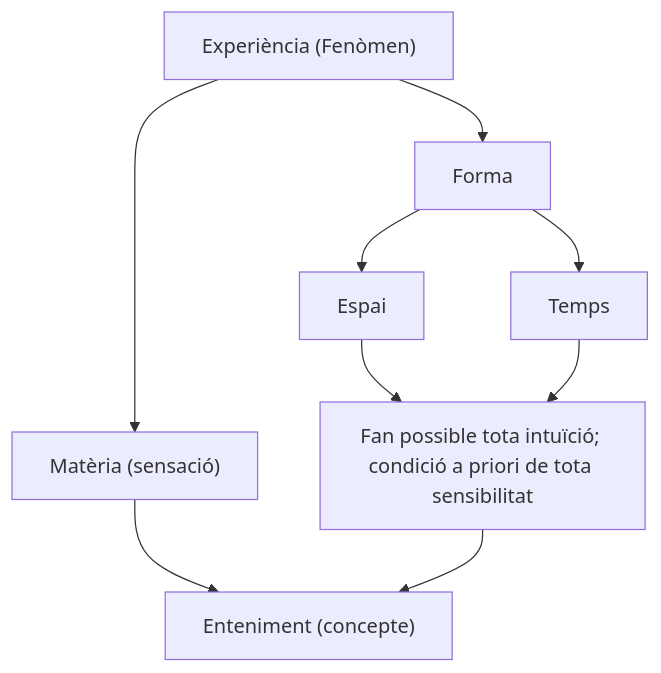
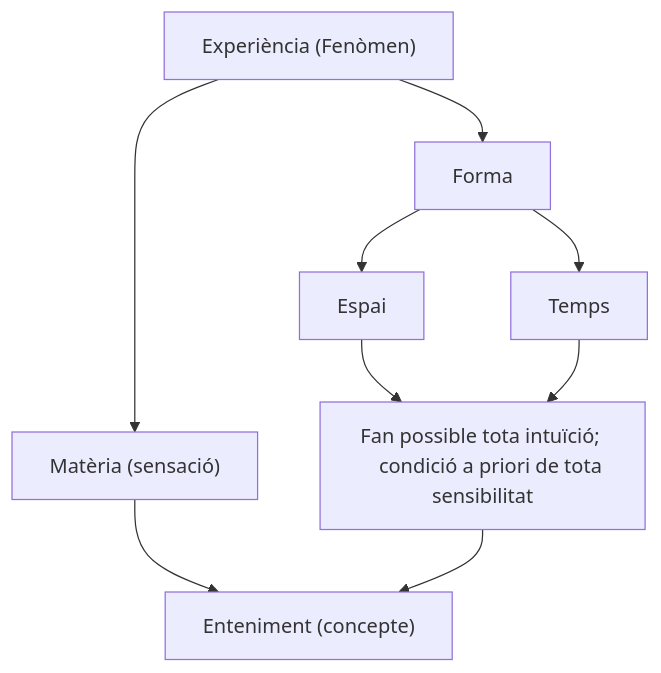
One commit to Peleton-011/Apounts-heigol changed the diagram in illustracio/kant/revolucio-copernicana.md. Above: the diagram before and after it, drawn with Mermaid.

````diff
--- a/illustracio/kant/revolucio-copernicana.md
+++ b/illustracio/kant/revolucio-copernicana.md
@@ -39,12 +39,13 @@
 ```mermaid
 graph TD;
 
     A["Experiència (Fenòmen)"]-->B["Matèria (sensació)"];
     A-->C[Forma];
     C-->D[Espai];
     C-->E[Temps];
-    D-->F[Fan possible tota intuïció; condició a priori de tota sensibilitat];
+    D-->F[Fan possible tota intuïció; 
+    condició a priori de tota sensibilitat];
     E-->F;
     B-->G["Enteniment (concepte)"];
     F-->G;
 ```
````
